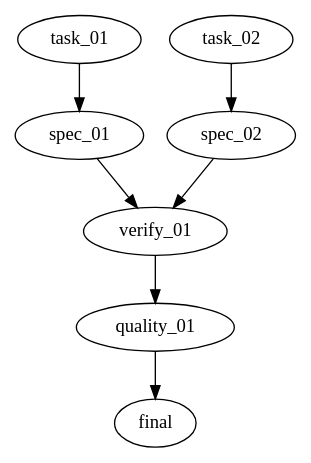
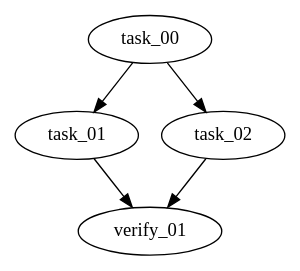
One commit to nickguletskii/jj-superpowers changed the second of 2 diagrams in skills/writing-plans/SKILL.md. Above: the diagram before and after it, drawn with Graphviz. The commit also changed other lines of this file and 13 other files, not shown here.

````diff
--- a/skills/writing-plans/SKILL.md
+++ b/skills/writing-plans/SKILL.md
@@ -106,15 +97,11 @@
 ```dot
 digraph {
-  task_01 [kind="task", file="task-01-api.md", files="src/api.rs tests/api.rs"];
-  task_02 [kind="task", file="task-02-ui.md", files="src/ui.rs tests/ui.rs"];
-  spec_01 [kind="spec_review", task="task_01"];
-  spec_02 [kind="spec_review", task="task_02"];
-  verify_01 [kind="verify", file="verify-01-api-ui.md"];
-  quality_01 [kind="quality_review", scope="task_01 task_02"];
-  final [kind="final"];
+  task_00 [kind="task", file="task-00-api-stubs.md", files="src/api/mod.rs", stub=true];
+  task_01 [kind="task", file="task-01-backend.md", files="src/backend.rs"];
+  task_02 [kind="task", file="task-02-client.md", files="src/client.rs"];
+  verify_01 [kind="verify", file="verify-01-group.md", simplify=true];
 
-  task_01 -> spec_01 -> verify_01;
-  task_02 -> spec_02 -> verify_01;
-  verify_01 -> quality_01 -> final;
+  task_00 -> task_01 -> verify_01;
+  task_00 -> task_02 -> verify_01;
 }
 ```
````
